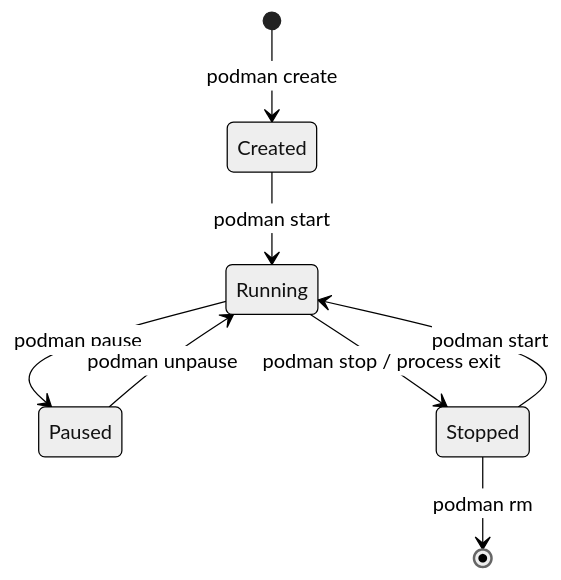
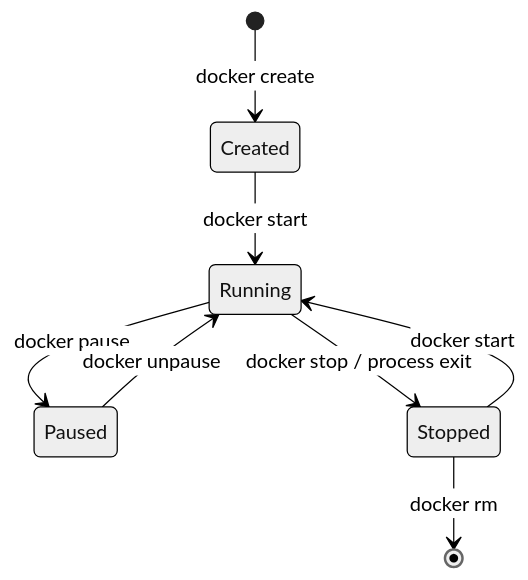
Before and after one commit to mrmuzma07/gh-devOpsTraining: the third of 3 diagrams in minggu-01/01-konsep-container.md, drawn with Mermaid (neutral theme). The commit also changed other lines of this file and 8 other files, not shown here.

````diff
--- a/minggu-01/01-konsep-container.md
+++ b/minggu-01/01-konsep-container.md
@@ -132,10 +138,10 @@
 ```mermaid
 stateDiagram-v2
-    [*] --> Created: podman create
-    Created --> Running: podman start
-    Running --> Paused: podman pause
-    Paused --> Running: podman unpause
-    Running --> Stopped: podman stop / process exit
-    Stopped --> Running: podman start
-    Stopped --> [*]: podman rm
+    [*] --> Created: docker create
+    Created --> Running: docker start
+    Running --> Paused: docker pause
+    Paused --> Running: docker unpause
+    Running --> Stopped: docker stop / process exit
+    Stopped --> Running: docker start
+    Stopped --> [*]: docker rm
 ```
````
